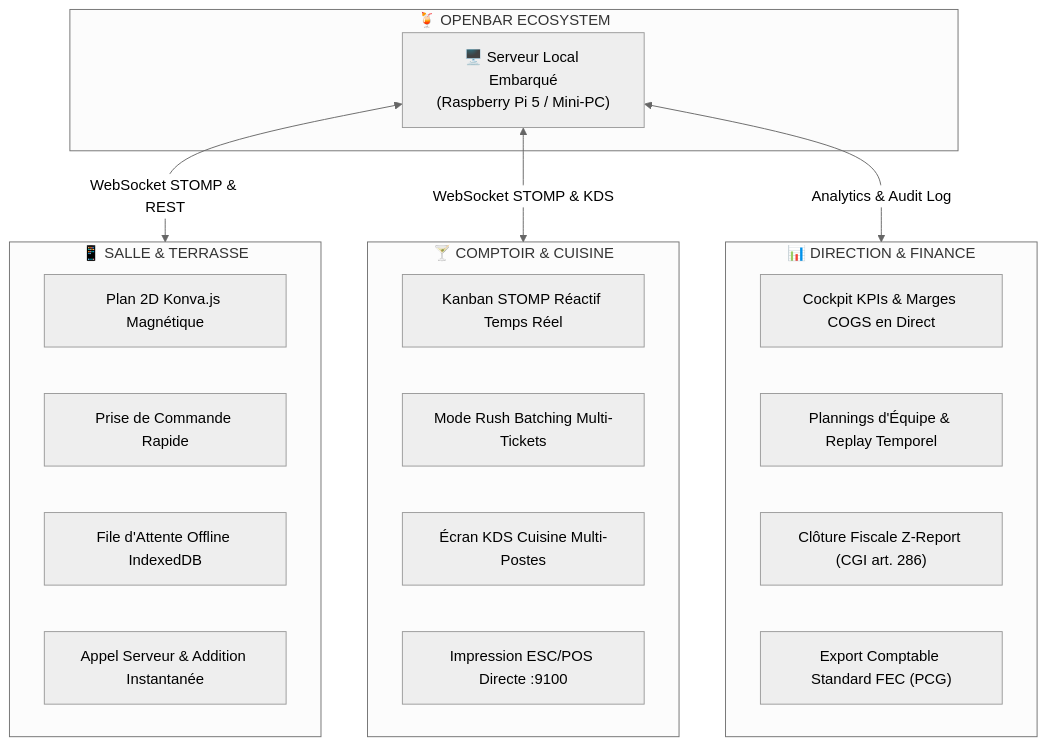
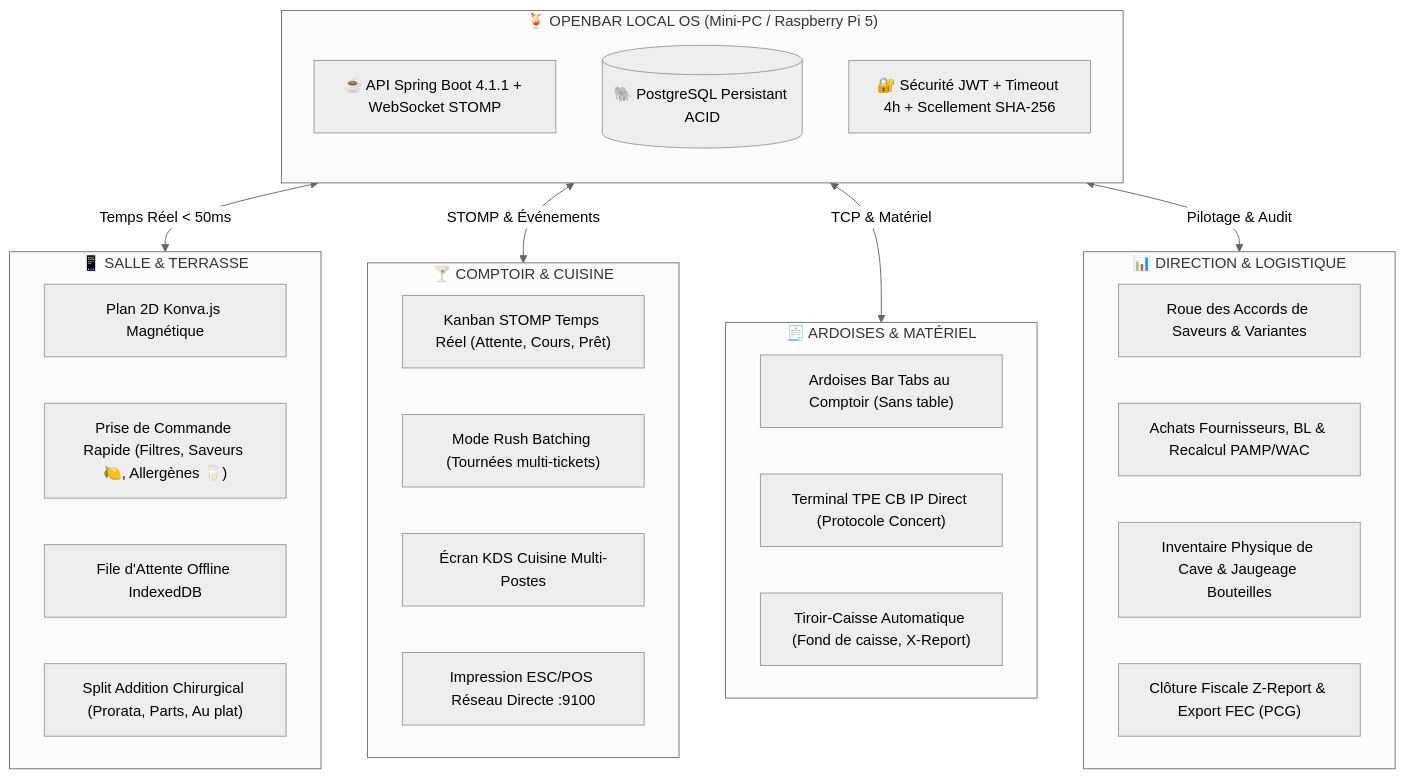
The first of 5 diagrams in README.md (FunWarry/Open-Bar), drawn with Mermaid (neutral theme) before and after one commit. The commit also changed other lines of this file and 8 other files, not shown here.

````diff
--- a/README.md
+++ b/README.md
@@ -59,31 +63,41 @@
 ```mermaid
 flowchart TD
-    subgraph Core ["🍹 OPENBAR ECOSYSTEM"]
-        LocalHub["🖥️ Serveur Local Embarqué\n(Raspberry Pi 5 / Mini-PC)"]
+    subgraph Core ["🍹 OPENBAR LOCAL OS (Mini-PC / Raspberry Pi 5)"]
+        direction TB
+        LocalServer["☕ API Spring Boot 4.1.1 + WebSocket STOMP"]
+        Postgres[("🐘 PostgreSQL Persistant ACID")]
+        Sec["🔐 Sécurité JWT + Timeout 4h + Scellement SHA-256"]
     end
 
     subgraph Salle ["📱 SALLE & TERRASSE"]
         S1["Plan 2D Konva.js Magnétique"]
-        S2["Prise de Commande Rapide"]
+        S2["Prise de Commande Rapide (Filtres, Saveurs 🍋, Allergènes 🥛)"]
         S3["File d'Attente Offline IndexedDB"]
-        S4["Appel Serveur & Addition Instantanée"]
+        S4["Split Addition Chirurgical (Prorata, Parts, Au plat)"]
     end
 
-    subgraph Comptoir ["🍸 COMPTOIR & CUISINE"]
-        B1["Kanban STOMP Réactif Temps Réel"]
-        B2["Mode Rush Batching Multi-Tickets"]
+    subgraph BarmanKDS ["🍸 COMPTOIR & CUISINE"]
+        B1["Kanban STOMP Temps Réel (Attente, Cours, Prêt)"]
+        B2["Mode Rush Batching (Tournées multi-tickets)"]
         B3["Écran KDS Cuisine Multi-Postes"]
-        B4["Impression ESC/POS Directe :9100"]
+        B4["Impression ESC/POS Réseau Directe :9100"]
     end
 
-    subgraph Direction ["📊 DIRECTION & FINANCE"]
-        M1["Cockpit KPIs & Marges COGS en Direct"]
-        M2["Plannings d'Équipe & Replay Temporel"]
-        M3["Clôture Fiscale Z-Report (CGI art. 286)"]
-        M4["Export Comptable Standard FEC (PCG)"]
+    subgraph Comptoir ["🧾 ARDOISES & MATÉRIEL"]
+        C1["Ardoises Bar Tabs au Comptoir (Sans table)"]
+        C2["Terminal TPE CB IP Direct (Protocole Concert)"]
+        C3["Tiroir-Caisse Automatique (Fond de caisse, X-Report)"]
     end
 
-    LocalHub <-->|"WebSocket STOMP & REST"| Salle
-    LocalHub <-->|"WebSocket STOMP & KDS"| Comptoir
-    LocalHub <-->|"Analytics & Audit Log"| Direction
+    subgraph Direction ["📊 DIRECTION & LOGISTIQUE"]
+        D1["Roue des Accords de Saveurs & Variantes"]
+        D2["Achats Fournisseurs, BL & Recalcul PAMP/WAC"]
+        D3["Inventaire Physique de Cave & Jaugeage Bouteilles"]
+        D4["Clôture Fiscale Z-Report & Export FEC (PCG)"]
+    end
+
+    Core <-->|"Temps Réel < 50ms"| Salle
+    Core <-->|"STOMP & Événements"| BarmanKDS
+    Core <-->|"TCP & Matériel"| Comptoir
+    Core <-->|"Pilotage & Audit"| Direction
 ```
````
